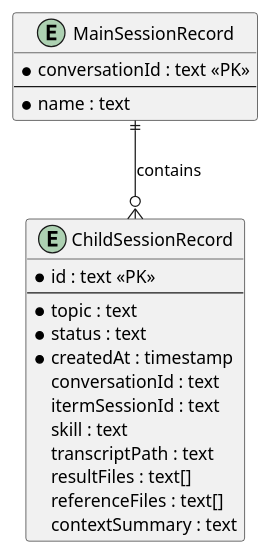
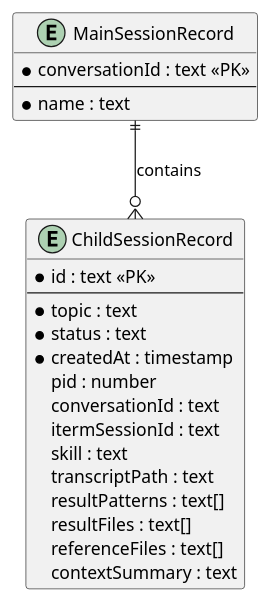
Before and after one commit to studykit/studykit-marketplace: the second of 6 diagrams in A4/co-think/2026-03-29-2100-agent-orchestrator.architecture.md, drawn with PlantUML. The commit also changed other lines of this file and 2 other files, not shown here.

First line of the commit message:
feat(A4): refine agent orchestrator architecture and add supplement + tasks docs

````diff
--- a/A4/co-think/2026-03-29-2100-agent-orchestrator.architecture.md
+++ b/A4/co-think/2026-03-29-2100-agent-orchestrator.architecture.md
@@ -68,26 +73,28 @@
 ```plantuml
 @startuml
 entity "MainSessionRecord" as main {
   *conversationId : text <<PK>>
   --
   *name : text
 }
 
 entity "ChildSessionRecord" as child {
   *id : text <<PK>>
   --
   *topic : text
   *status : text
   *createdAt : timestamp
+  pid : number
   conversationId : text
   itermSessionId : text
   skill : text
   transcriptPath : text
+  resultPatterns : text[]
   resultFiles : text[]
   referenceFiles : text[]
   contextSummary : text
 }
 
 main ||--o{ child : contains
 @enduml
 ```
````
